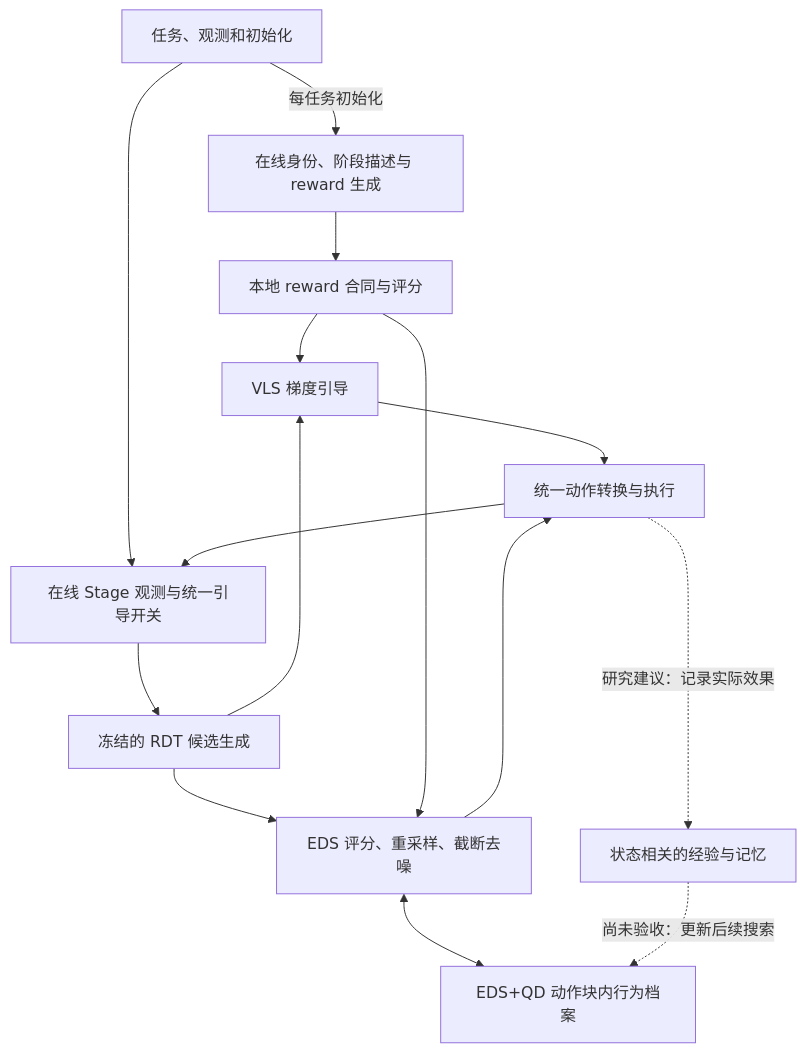
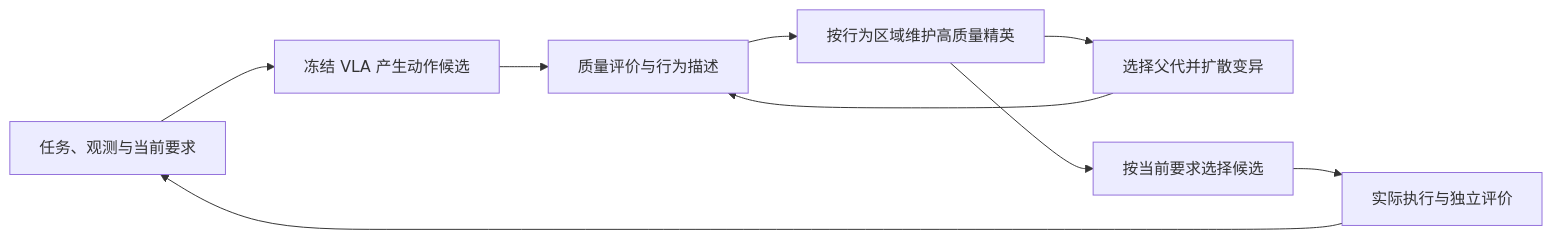
The diagram in docs/research/research_proposal.md (RIP4KOBE/vla-pilot-plus), drawn with Mermaid before and after one commit. The commit also changed other lines of this file and 6 other files, not shown here.

````diff
--- a/docs/research/research_proposal.md
+++ b/docs/research/research_proposal.md
@@ -31,17 +59,11 @@
 ```mermaid
-flowchart TD
-    Context[任务、观测和初始化] -->|每任务初始化| Agent[在线身份、阶段描述与 reward 生成]
-    Agent --> Reward[本地 reward 合同与评分]
-    Context --> Stage[在线 Stage 观测与统一引导开关]
-    Stage --> RDT[冻结的 RDT 候选生成]
-    RDT --> VLS[VLS 梯度引导]
-    RDT --> EDS[EDS 评分、重采样、截断去噪]
-    EDS <--> QD[EDS+QD 动作块内行为档案]
-    Reward --> VLS
-    Reward --> EDS
-    VLS --> Action[统一动作转换与执行]
-    EDS --> Action
-    Action --> Stage
-    Action -.研究建议：记录实际效果.-> Memory[状态相关的经验与记忆]
-    Memory -.尚未验收：更新后续搜索.-> QD
+flowchart LR
+    C[任务、观测与当前要求] --> V[冻结 VLA 产生动作候选]
+    V --> E[质量评价与行为描述]
+    E --> A[按行为区域维护高质量精英]
+    A --> P[选择父代并扩散变异]
+    P --> E
+    A --> S[按当前要求选择候选]
+    S --> X[实际执行与独立评价]
+    X --> C
 ```
````
